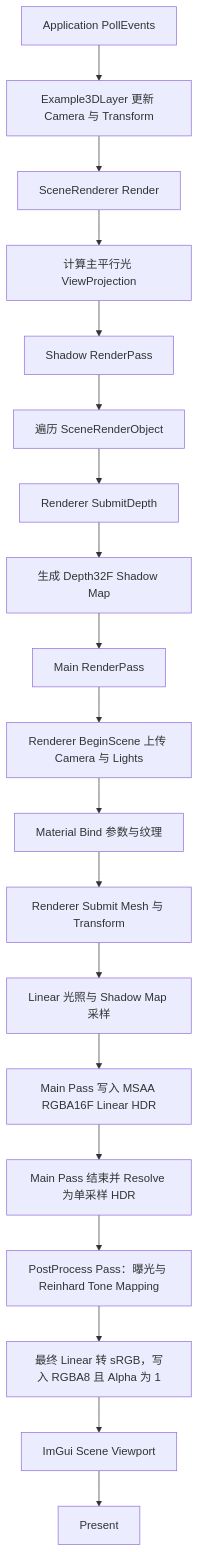
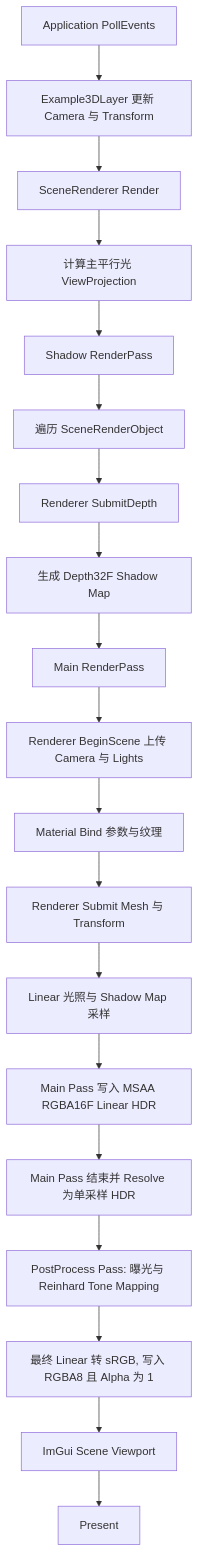
The first of 3 diagrams in README.md (JackDowson2003/Limen-Engine), drawn with Mermaid before and after one commit. The commit also changed other lines of this file and 4 other files, not shown here.

````diff
--- a/README.md
+++ b/README.md
@@ -383,21 +384,21 @@
 ```mermaid
 flowchart TD
     A[Application PollEvents] --> B[Example3DLayer 更新 Camera 与 Transform]
     B --> C[SceneRenderer Render]
     C --> D[计算主平行光 ViewProjection]
     D --> E[Shadow RenderPass]
     E --> F[遍历 SceneRenderObject]
     F --> G[Renderer SubmitDepth]
     G --> H[生成 Depth32F Shadow Map]
     H --> I[Main RenderPass]
     I --> J[Renderer BeginScene 上传 Camera 与 Lights]
     J --> K[Material Bind 参数与纹理]
     K --> L[Renderer Submit Mesh 与 Transform]
     L --> M[Linear 光照与 Shadow Map 采样]
     M --> N[Main Pass 写入 MSAA RGBA16F Linear HDR]
     N --> O[Main Pass 结束并 Resolve 为单采样 HDR]
-    O --> P[PostProcess Pass：曝光与 Reinhard Tone Mapping]
-    P --> Q[最终 Linear 转 sRGB，写入 RGBA8 且 Alpha 为 1]
+    O --> P[PostProcess Pass: 曝光与 Reinhard Tone Mapping]
+    P --> Q[最终 Linear 转 sRGB, 写入 RGBA8 且 Alpha 为 1]
     Q --> R[ImGui Scene Viewport]
     R --> S[Present]
 ```
````
